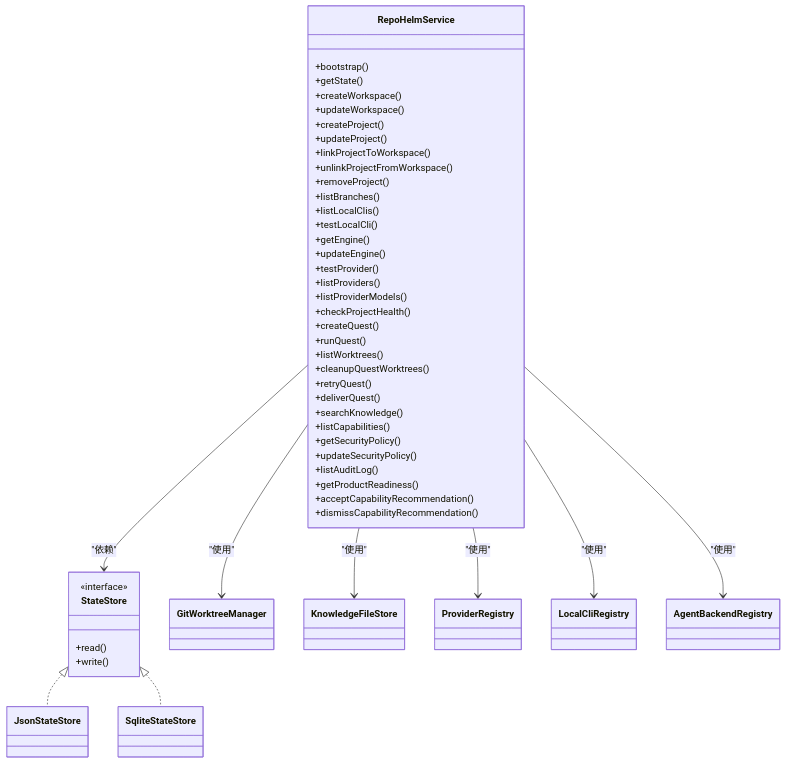
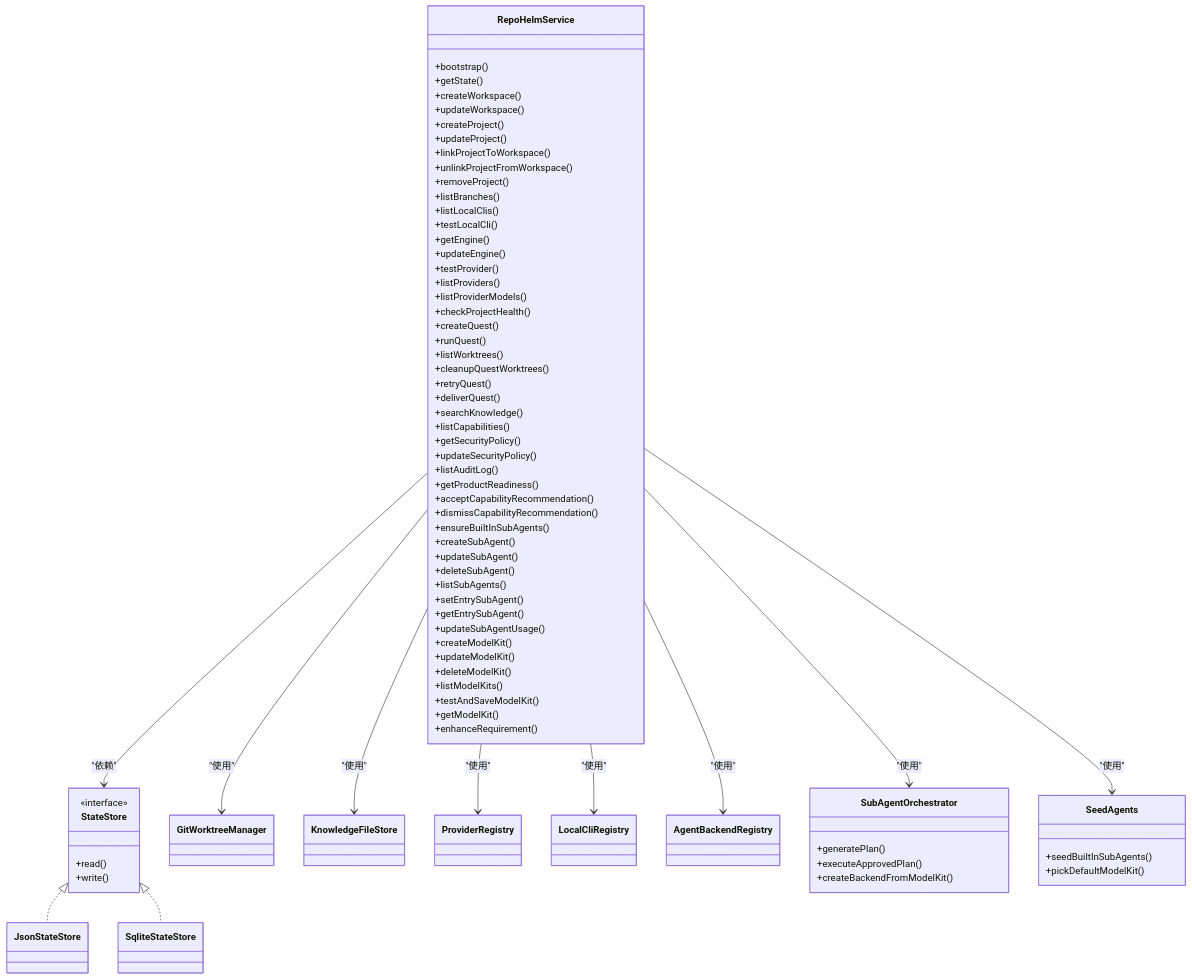
Before and after one commit to coconilu/RepoHelm: the third of 7 diagrams in .qoder/repowiki/zh/content/核心服务模块/核心服务模块.md, drawn with Mermaid. The commit also changed other lines of this file and 15 other files, not shown here.

````diff
--- a/.qoder/repowiki/zh/content/核心服务模块/核心服务模块.md
+++ b/.qoder/repowiki/zh/content/核心服务模块/核心服务模块.md
@@ -209,6 +230,21 @@
 +getProductReadiness()
 +acceptCapabilityRecommendation()
 +dismissCapabilityRecommendation()
++ensureBuiltInSubAgents()
++createSubAgent()
++updateSubAgent()
++deleteSubAgent()
++listSubAgents()
++setEntrySubAgent()
++getEntrySubAgent()
++updateSubAgentUsage()
++createModelKit()
++updateModelKit()
++deleteModelKit()
++listModelKits()
++testAndSaveModelKit()
++getModelKit()
++enhanceRequirement()
 }
 class StateStore {
 <<interface>>
@@ -222,6 +258,15 @@
 class ProviderRegistry
 class LocalCliRegistry
 class AgentBackendRegistry
+class SubAgentOrchestrator {
++generatePlan()
++executeApprovedPlan()
++createBackendFromModelKit()
+}
+class SeedAgents {
++seedBuiltInSubAgents()
++pickDefaultModelKit()
+}
 RepoHelmService --> StateStore : "依赖"
 StateStore <|.. JsonStateStore
 StateStore <|.. SqliteStateStore
@@ -230,4 +275,6 @@
 RepoHelmService --> ProviderRegistry : "使用"
 RepoHelmService --> LocalCliRegistry : "使用"
 RepoHelmService --> AgentBackendRegistry : "使用"
+RepoHelmService --> SubAgentOrchestrator : "使用"
+RepoHelmService --> SeedAgents : "使用"
 ```
````
